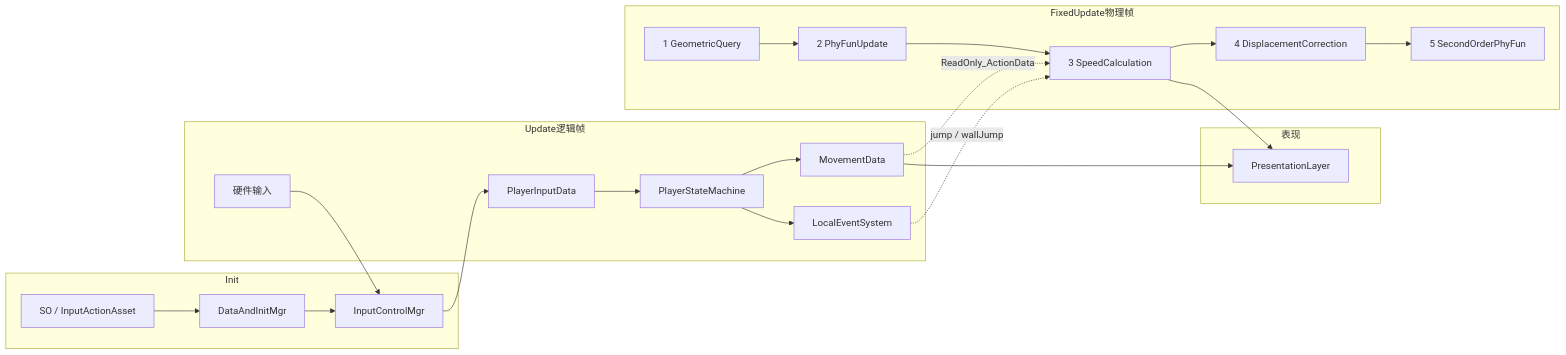
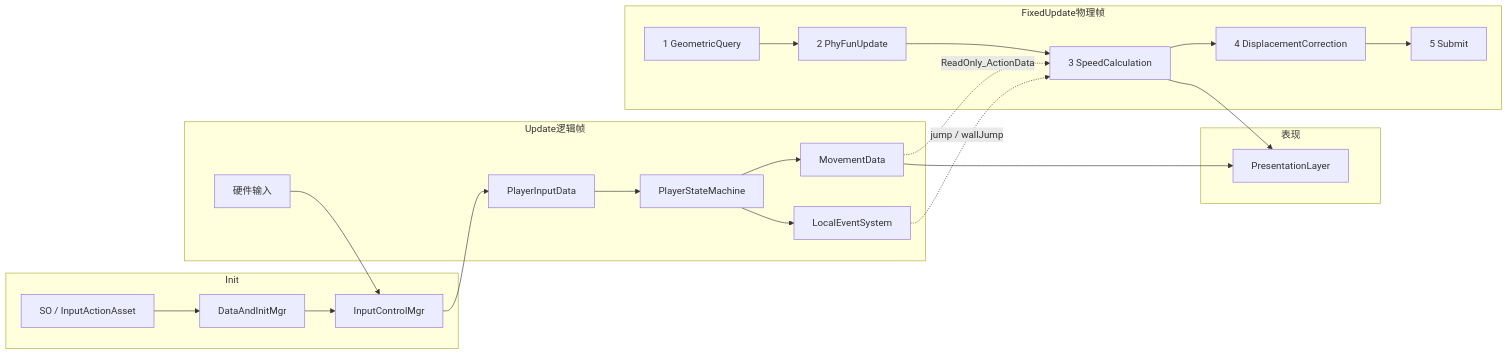
The diagram in README.md (TaiTanw/New2DObject), drawn with Mermaid before and after one commit. The commit also changed other lines of this file and 17 other files, not shown here.

````diff
--- a/README.md
+++ b/README.md
@@ -117,37 +120,37 @@
 ```mermaid
 flowchart LR
   subgraph Init
     SO[SO / InputActionAsset]
     DIM[DataAndInitMgr]
     ICM[InputControlMgr]
     SO --> DIM --> ICM
   end
 
   subgraph Update逻辑帧
     HW[硬件输入]
     PID[PlayerInputData]
     FSM[PlayerStateMachine]
     MD[MovementData]
     EV[LocalEventSystem]
     HW --> ICM --> PID --> FSM
     FSM --> MD
     FSM --> EV
   end
 
   subgraph FixedUpdate物理帧
     GQ[1 GeometricQuery]
     PF[2 PhyFunUpdate]
     SC[3 SpeedCalculation]
     DC[4 DisplacementCorrection]
-    SO2[5 SecondOrderPhyFun]
-    GQ --> PF --> SC --> DC --> SO2
+    SUB[5 Submit]
+    GQ --> PF --> SC --> DC --> SUB
     MD -.->|ReadOnly_ActionData| SC
     EV -.->|jump / wallJump| SC
   end
 
   subgraph 表现
     PL[PresentationLayer]
     MD --> PL
     SC --> PL
   end
 ```
````
